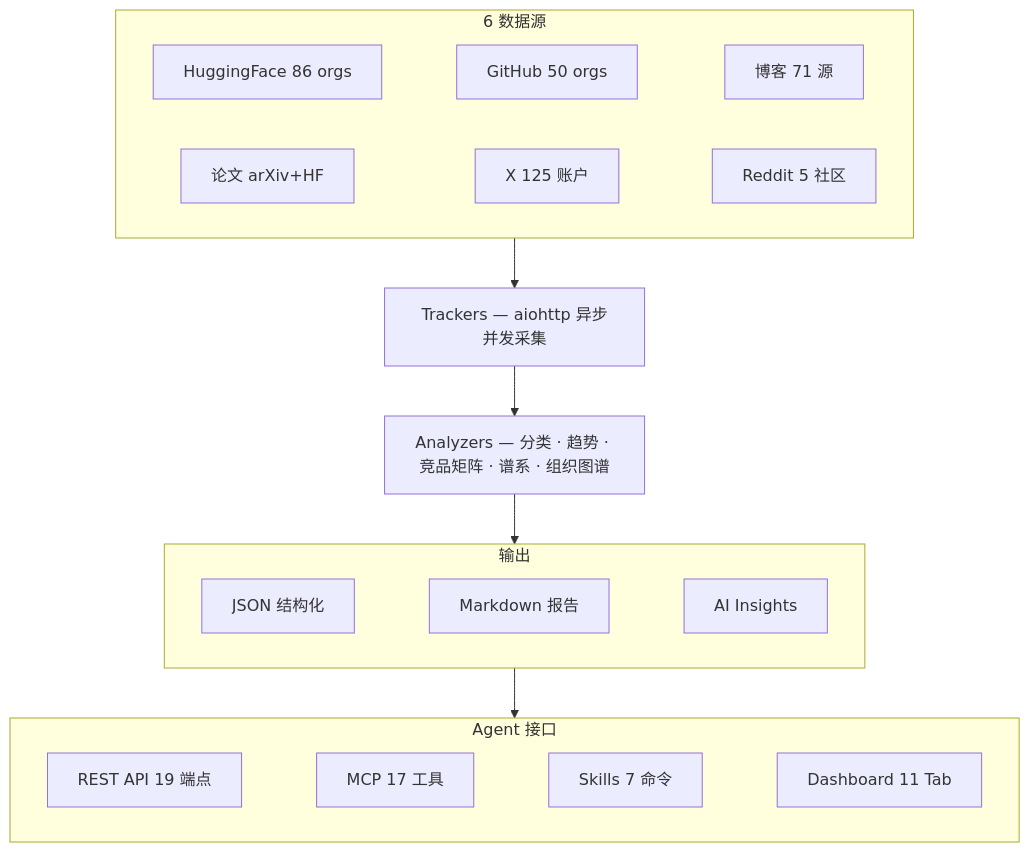
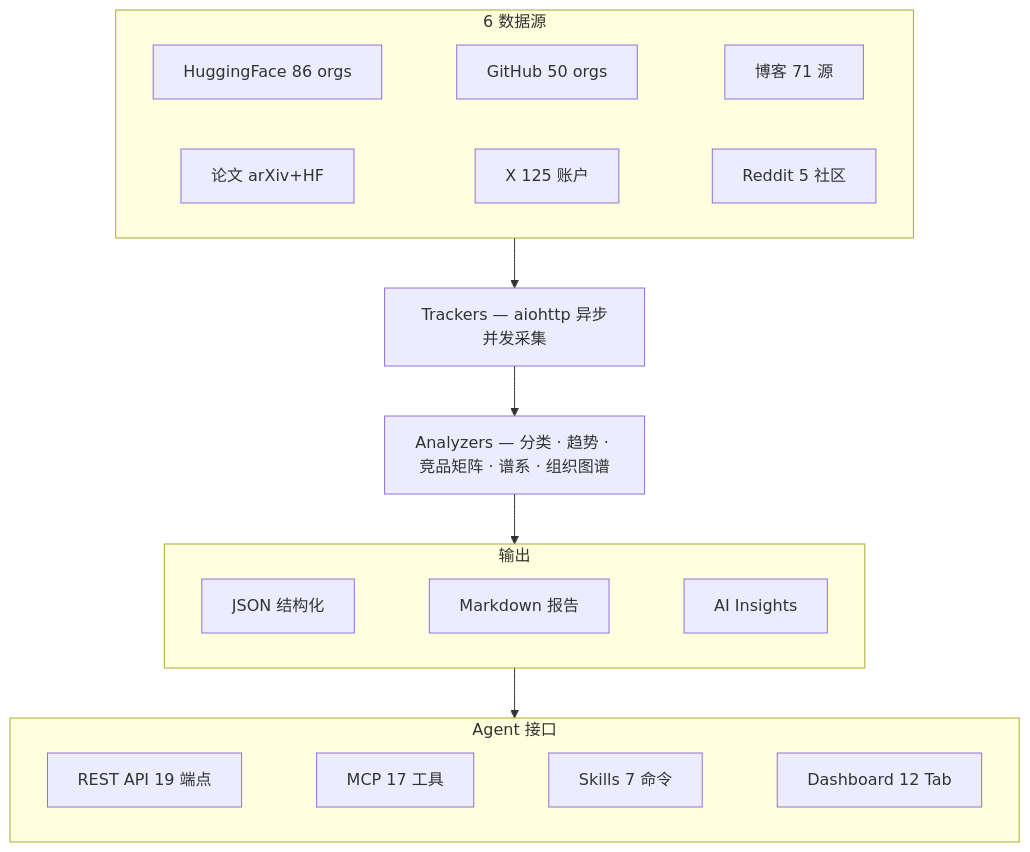
The first of 2 diagrams in README.md (liuxiaotong/ai-dataset-radar), drawn with Mermaid before and after one commit. The commit also changed other lines of this file and 7 other files, not shown here.

First line of the commit message:
feat: add Alerts dashboard tab, fix /alerts API, add 7 tests (902 total)

````diff
--- a/README.md
+++ b/README.md
@@ -36,25 +36,25 @@
 ```mermaid
 flowchart TD
     subgraph S[" 6 数据源"]
         direction LR
         S1["HuggingFace 86 orgs"] ~~~ S2["GitHub 50 orgs"] ~~~ S3["博客 71 源"]
         S4["论文 arXiv+HF"] ~~~ S5["X 125 账户"] ~~~ S6["Reddit 5 社区"]
     end
 
     S --> T["Trackers — aiohttp 异步并发采集"]
     T --> A["Analyzers — 分类 · 趋势 · 竞品矩阵 · 谱系 · 组织图谱"]
 
     subgraph O[" 输出"]
         direction LR
         O1["JSON 结构化"] ~~~ O2["Markdown 报告"] ~~~ O3["AI Insights"]
     end
 
     A --> O
 
     subgraph I[" Agent 接口"]
         direction LR
-        I1["REST API 19 端点"] ~~~ I2["MCP 17 工具"] ~~~ I3["Skills 7 命令"] ~~~ I4["Dashboard 11 Tab"]
+        I1["REST API 19 端点"] ~~~ I2["MCP 17 工具"] ~~~ I3["Skills 7 命令"] ~~~ I4["Dashboard 12 Tab"]
     end
 
     O --> I
 ```
````
